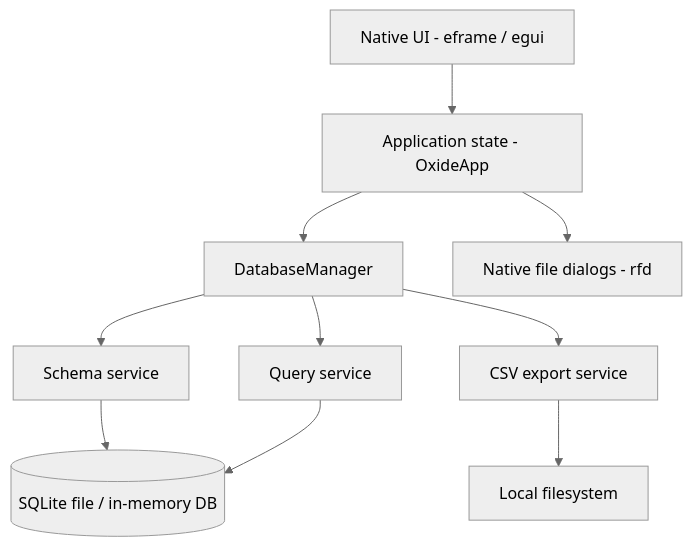
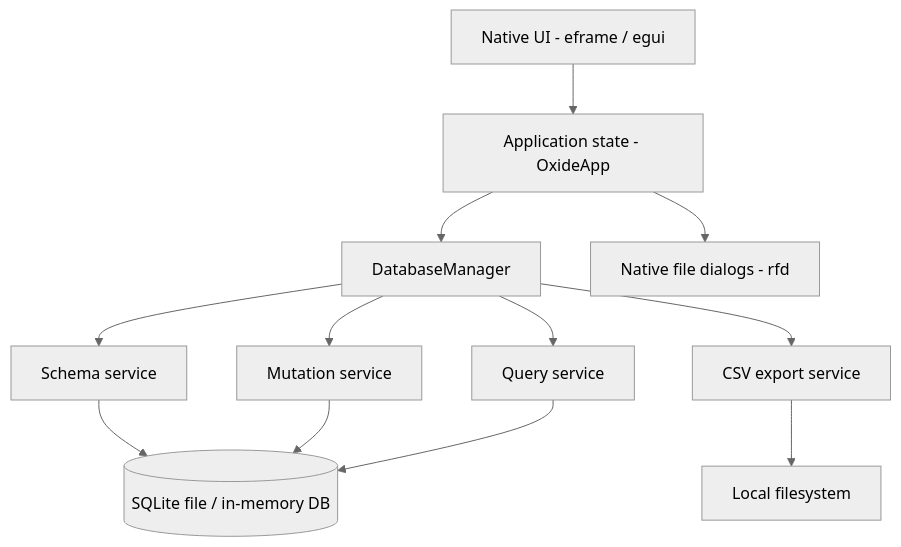
The first of 3 diagrams in docs/ARCHITECTURE.md (AnatoliiMiroshnyk/oxide-studio), drawn with Mermaid (neutral theme) before and after one commit. The commit also changed other lines of this file and 15 other files, not shown here.

Commit message:
docs: document data editing schema changes and transactions; update product architecture and scope for 0.2.0; define mutation security and test requirements; publish 0.2.0 build validation and release gates; prepare Oxide Studio 0.2.0 release notes

````diff
--- a/docs/ARCHITECTURE.md
+++ b/docs/ARCHITECTURE.md
@@ -13,21 +13,24 @@
 ```mermaid
 flowchart TB
     UI[Native UI - eframe / egui]
     APP[Application state - OxideApp]
     DBM[DatabaseManager]
     SCHEMA[Schema service]
+    MUTATIONS[Mutation service]
     QUERY[Query service]
     EXPORT[CSV export service]
     SQLITE[(SQLite file / in-memory DB)]
     DIALOG[Native file dialogs - rfd]
 
     UI --> APP
     APP --> DBM
     APP --> DIALOG
     DBM --> SCHEMA
+    DBM --> MUTATIONS
     DBM --> QUERY
     DBM --> EXPORT
     SCHEMA --> SQLITE
+    MUTATIONS --> SQLITE
     QUERY --> SQLITE
     EXPORT --> FS[Local filesystem]
 ```
````
